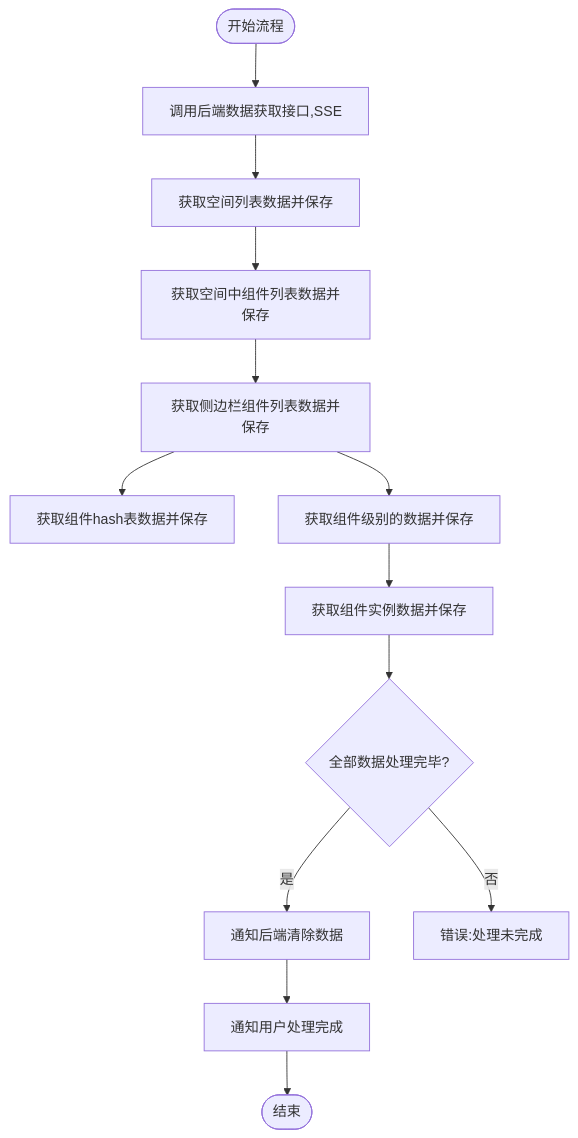
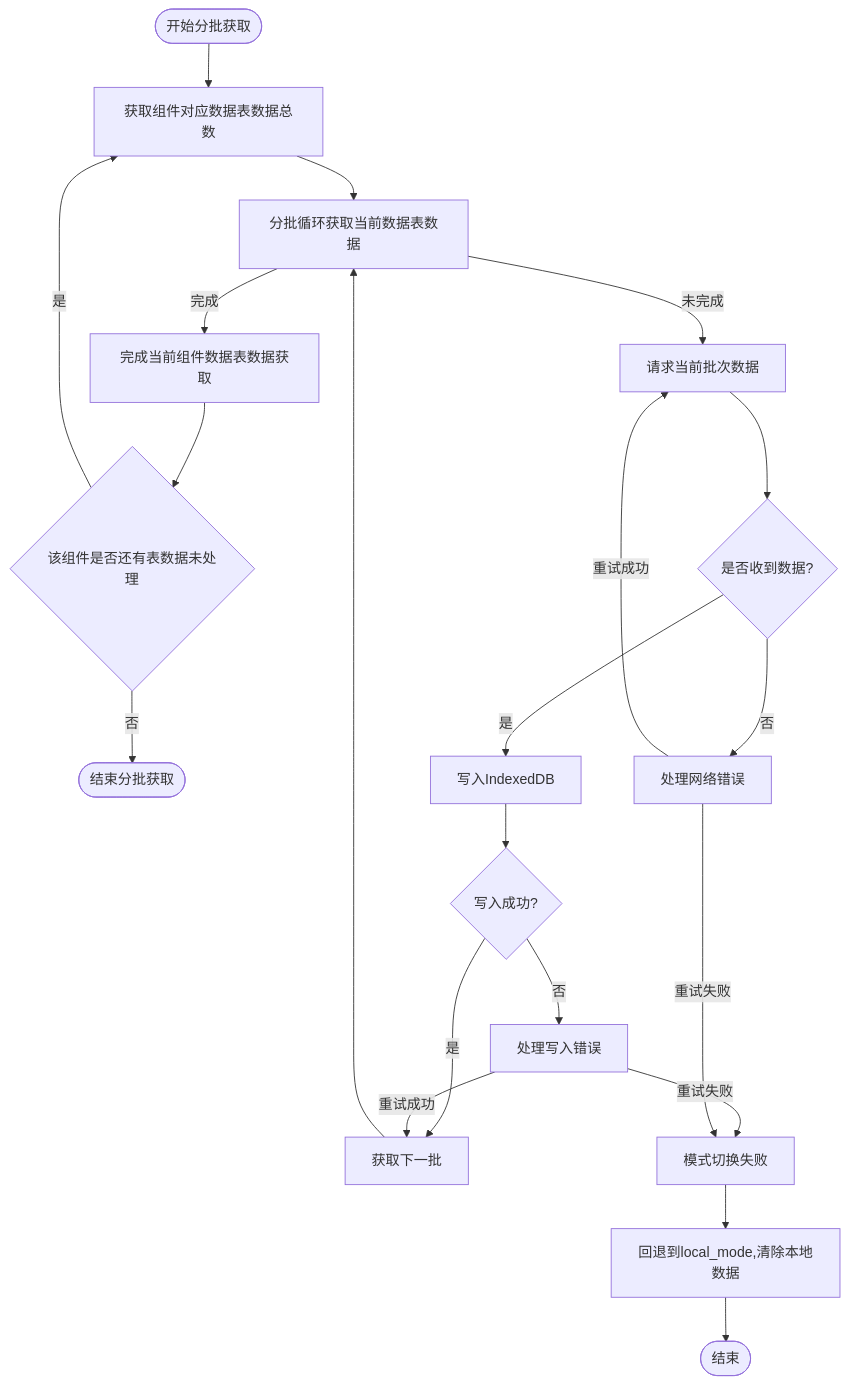
One commit to yingjianzh/iodraw-files changed the diagram in all/未命名-59.md. Above: the diagram before and after it, drawn with Mermaid.

Commit message:
2025-05-14 15:01:11 update

````diff
--- a/all/未命名-59.md
+++ b/all/未命名-59.md
@@ -1,24 +1,36 @@
 ```mermaid
 
+
 flowchart TD
-    Start([开始流程]) --> FetchData[调用后端数据获取接口,SSE]
-    FetchData --> FetchSpaceData[获取空间列表数据并保存]
-   
-    FetchSpaceData --> FetchSpaceComponent[获取空间中组件列表数据并保存]
+    StartBatch([开始分批获取]) --> InitializeBatch[获取组件对应数据表数据总数]
+    InitializeBatch --> CheckBatchSize[分批循环获取当前数据表数据]
+    
+    CheckBatchSize -->|完成| BatchComplete[完成当前组件数据表数据获取]
 
-    FetchSpaceComponent --> FetchSiderComponent[获取侧边栏组件列表数据并保存]
 
-    FetchSiderComponent --> FetchTableHash[获取组件hash表数据并保存]
-    FetchSiderComponent --> FetchComponent[获取组件级别的数据并保存]
+    BatchComplete --> HasNext{该组件是否还有表数据未处理}
 
-    FetchComponent --> FetchInstance[获取组件实例数据并保存]
+    HasNext --> |是| InitializeBatch
+    HasNext --> |否| EndBatch([结束分批获取])
+
     
-    FetchInstance --> AllComponentsProcessed{全部数据处理完毕?}
+    CheckBatchSize -->|未完成| RequestBatch[请求当前批次数据]
+    RequestBatch --> ReceiveBatch{是否收到数据?}
     
-    AllComponentsProcessed -->|是| ClearServerData[通知后端清除数据]
-    AllComponentsProcessed -->|否| Error3[错误:处理未完成]
+    ReceiveBatch -->|是| WriteToDB[写入IndexedDB]
     
-    ClearServerData --> CompletionNotification[通知用户处理完成]
-    CompletionNotification --> End([结束])
+    WriteToDB --> BatchSuccess{写入成功?}
+    BatchSuccess -->|是| NextBatch[获取下一批]
+    BatchSuccess -->|否| HandleError[处理写入错误]
+    HandleError -->|重试成功| NextBatch
+    HandleError -->|重试失败| ModeFailed[模式切换失败]
+    ModeFailed --> Abort[回退到local_mode,清除本地数据]
+    Abort --> End([结束])
+    
+    ReceiveBatch -->|否| HandleNetworkError[处理网络错误]
+    HandleNetworkError -->|重试成功| RequestBatch
+    HandleNetworkError -->|重试失败| ModeFailed
+    
+    NextBatch --> CheckBatchSize
 
 ```
````
